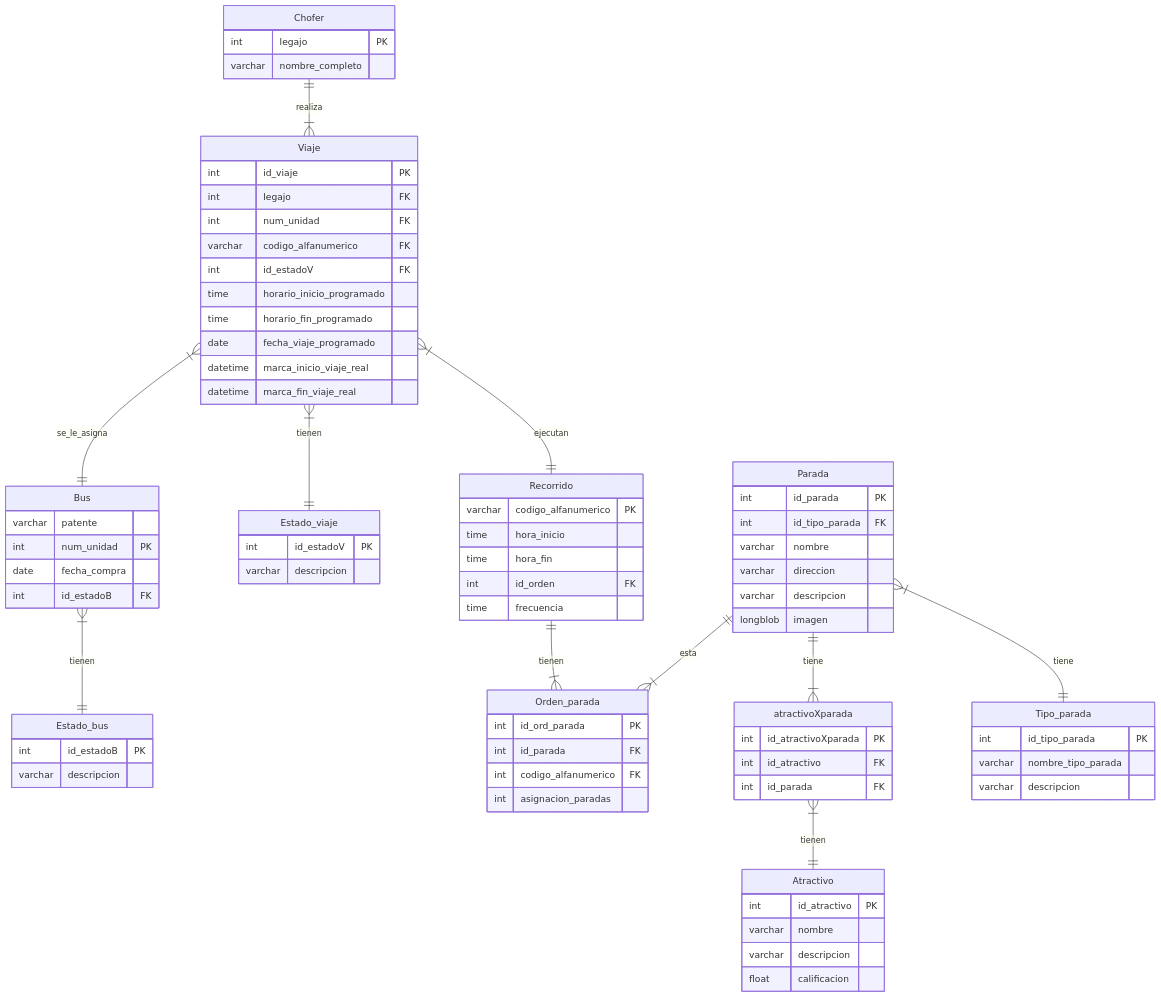
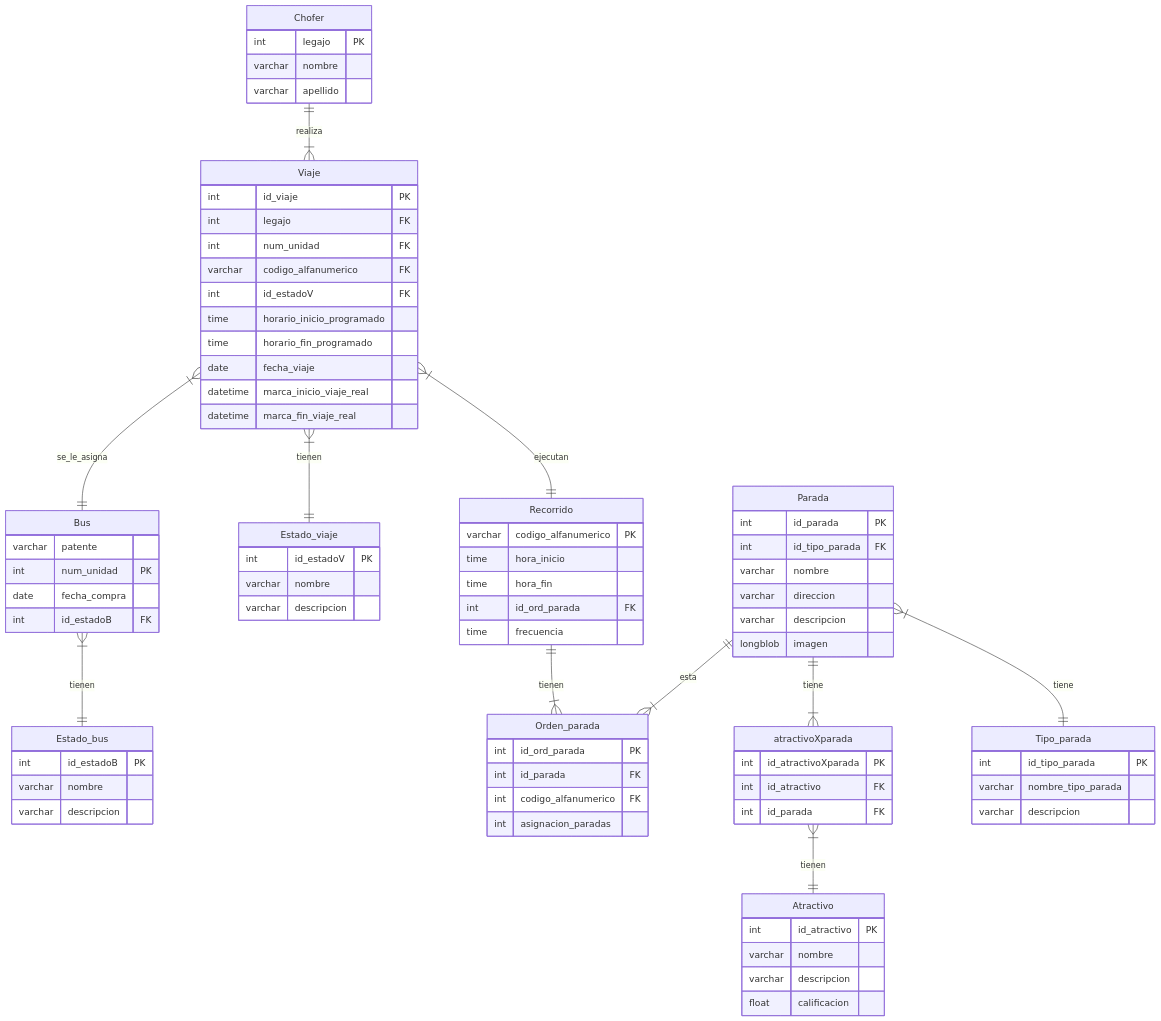
The diagram in README.md (Villada-PG3/tp-integrador-busturistico), drawn with Mermaid before and after one commit.

Commit message:
acomodando las tablas

```diff
--- a/README.md
+++ b/README.md
@@ -25,7 +25,7 @@
         varchar codigo_alfanumerico PK
         time hora_inicio
         time hora_fin
-        int id_orden FK
+        int id_ord_parada FK
         time frecuencia
     }
     
@@ -42,7 +42,7 @@
         int id_estadoV FK
         time horario_inicio_programado
         time horario_fin_programado
-        date fecha_viaje_programado
+        date fecha_viaje
         datetime marca_inicio_viaje_real
         datetime marca_fin_viaje_real
     }
@@ -51,6 +51,7 @@
 
     Estado_viaje{
         int id_estadoV PK
+        varchar nombre
         varchar descripcion
     }
     
@@ -59,7 +60,8 @@
 
     Chofer{
         int legajo PK
-        varchar nombre_completo
+        varchar nombre
+        varchar apellido
         
     }
     Bus{
@@ -73,6 +75,7 @@
 
     Estado_bus{
         int id_estadoB PK
+        varchar nombre
         varchar descripcion
     }
 
```
